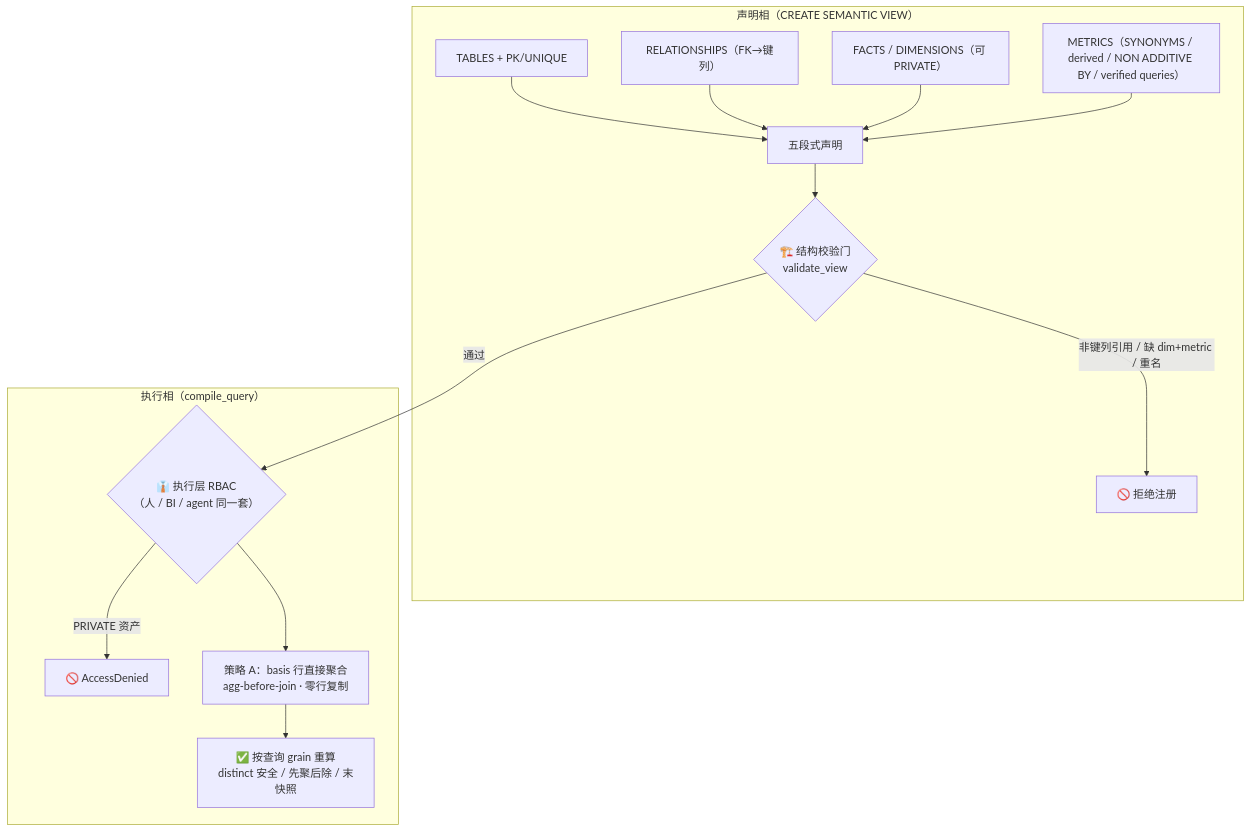
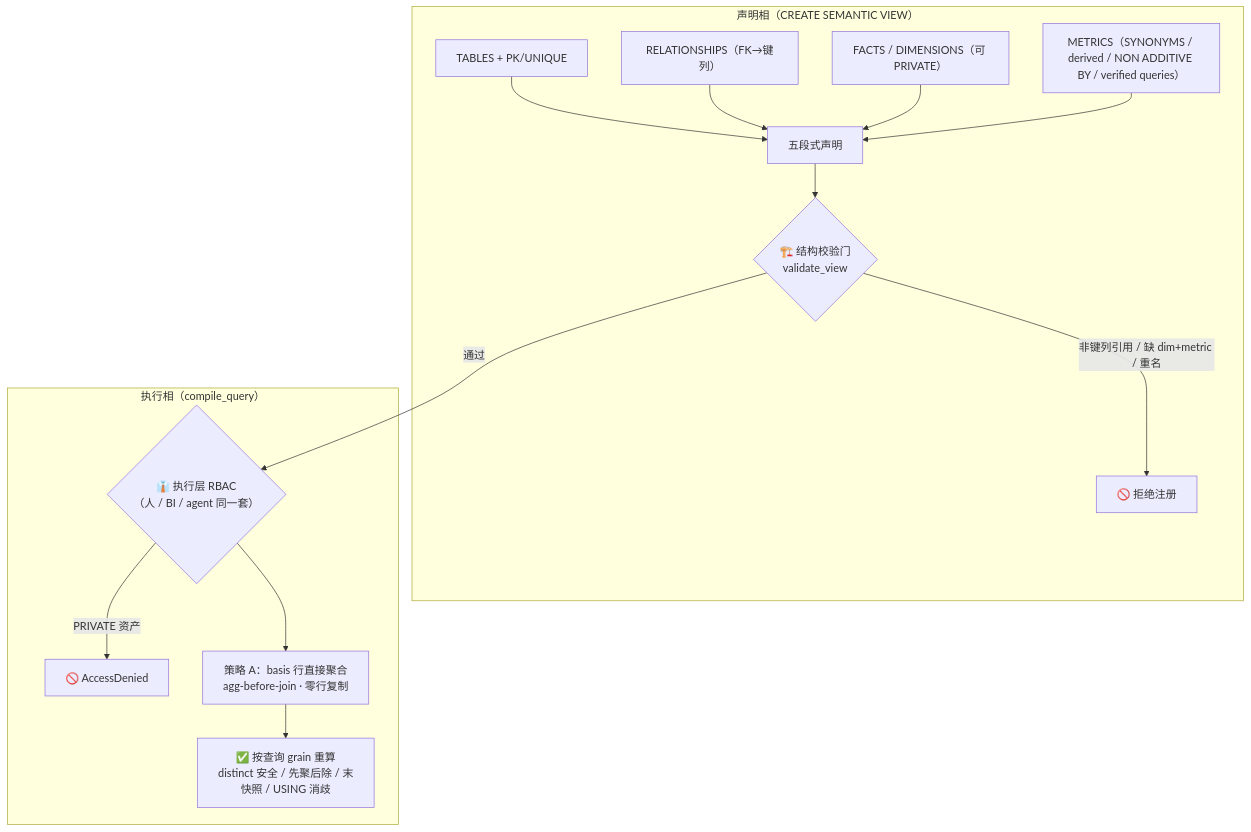
The diagram in docs/assets/mermaid/cognitive-context/horizon-context--declaration-execution.mmd (ThreeFish-AI/negentropy), drawn with Mermaid before and after one commit. The commit also changed 35 other files, not shown here.

```diff
--- a/docs/assets/mermaid/cognitive-context/horizon-context--declaration-execution.mmd
+++ b/docs/assets/mermaid/cognitive-context/horizon-context--declaration-execution.mmd
@@ -1,19 +1,20 @@
-%%source: docs/research/cognitive-context/011-horizon-context.md#blockM2 (L204-L241, §4 M2 · 查询时语义正确性)
+%%source: docs/research/cognitive-context/011-horizon-context.md#blockM2 (L246-L257, §4 M2 · 查询时语义正确性)
 %%slug: cognitive-context/horizon-context--declaration-execution
 %%type: workflow
 %%derived: archify workflow v2, authored from source mermaid
+%% fix: (2026-09-15 校准) ① OUT label 补第 5 保障 USING 消歧（正文 M2 保障 5：显式指定关联路径防 chasm trap）；② %%source 行号更新为 L246-L257（声明相校验规则另涉 M1 NOTE 内 L200-L209）
 flowchart TB
     subgraph "声明相（CREATE SEMANTIC VIEW）"
         D1["TABLES + PK/UNIQUE"] --> D5["五段式声明"]
         D2["RELATIONSHIPS（FK→键列）"] --> D5
         D3["FACTS / DIMENSIONS（可 PRIVATE）"] --> D5
         D4["METRICS（SYNONYMS / derived / NON ADDITIVE BY / verified queries）"] --> D5
         D5 --> VG{"🏗️ 结构校验门<br/>validate_view"}
         VG -->|"非键列引用 / 缺 dim+metric / 重名"| RX["🚫 拒绝注册"]
     end
     subgraph "执行相（compile_query）"
         VG -->|"通过"| RB{"👔 执行层 RBAC<br/>（人 / BI / agent 同一套）"}
         RB -->|"PRIVATE 资产"| AX["🚫 AccessDenied"]
         RB --> AG["策略 A：basis 行直接聚合<br/>agg-before-join · 零行复制"]
-        AG --> OUT["✅ 按查询 grain 重算<br/>distinct 安全 / 先聚后除 / 末快照"]
+        AG --> OUT["✅ 按查询 grain 重算<br/>distinct 安全 / 先聚后除 / 末快照 / USING 消歧"]
     end
```
